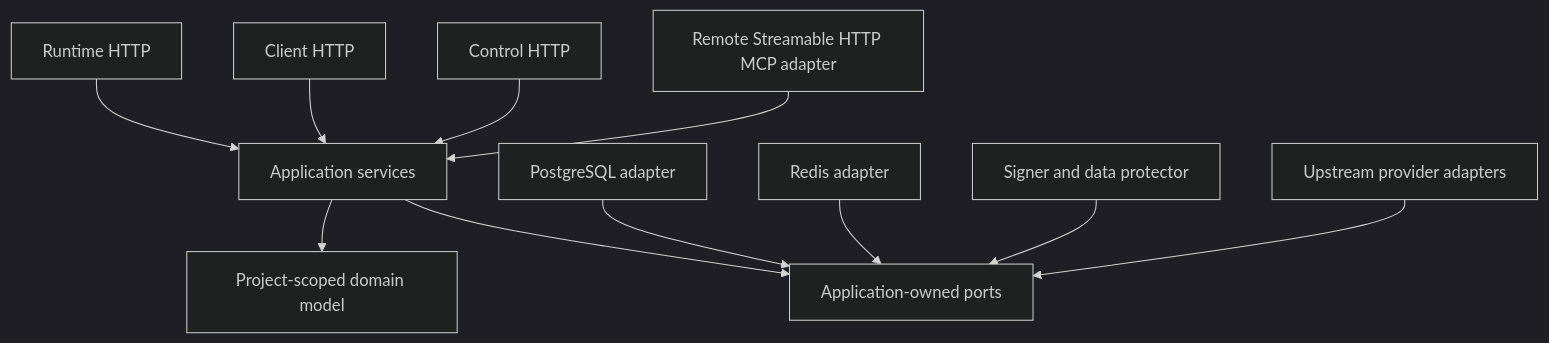
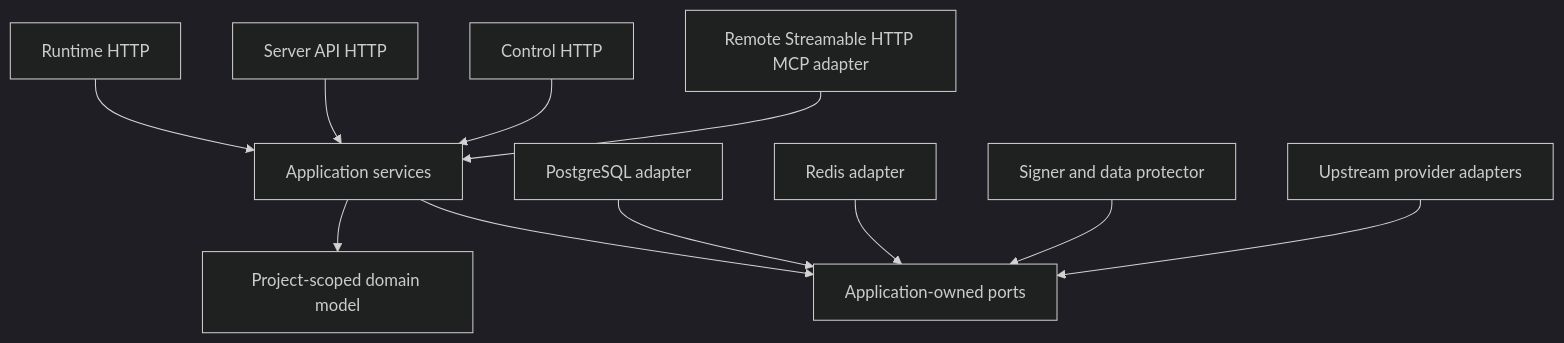
The third of 3 diagrams in docs/guide/architecture.md (owlfoundry/owlauth), drawn with Mermaid (dark theme) before and after one commit. The commit also changed other lines of this file and 182 other files, not shown here.

First line of the commit message:
feat(server+cli)!: replace client API with project server API

````diff
--- a/docs/guide/architecture.md
+++ b/docs/guide/architecture.md
@@ -140,13 +142,13 @@
 ```mermaid
 flowchart TB
     RuntimeHTTP[Runtime HTTP] --> App[Application services]
-    ClientHTTP[Client HTTP] --> App
+    ServerHTTP[Server API HTTP] --> App
     ControlHTTP[Control HTTP] --> App
     MCP[Remote Streamable HTTP MCP adapter] --> App
     App --> Domain[Project-scoped domain model]
     App --> Ports[Application-owned ports]
     PostgreSQL[PostgreSQL adapter] --> Ports
     Cache[Redis adapter] --> Ports
     Signer[Signer and data protector] --> Ports
     Providers[Upstream provider adapters] --> Ports
 ```
````
